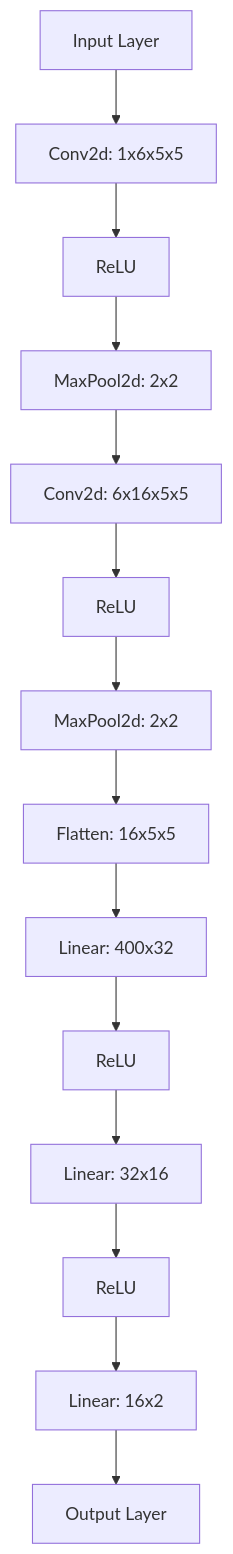
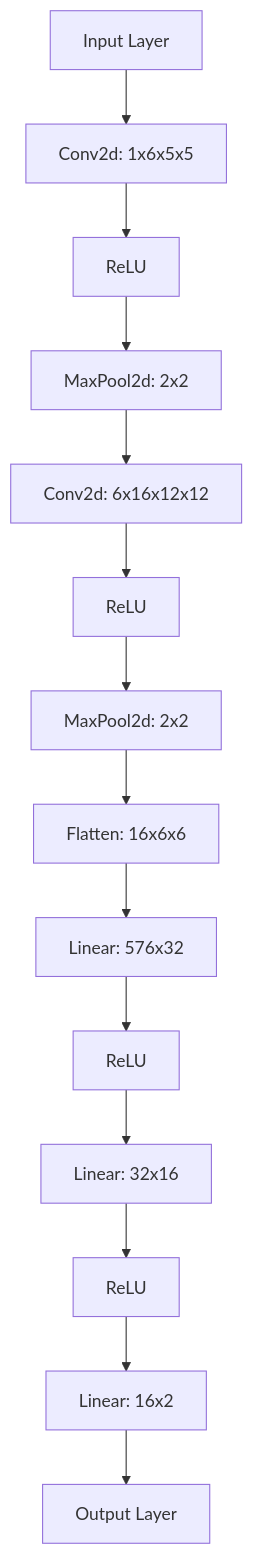
One commit to LapinRobin/OT_deep_learning_face_recognition changed the diagram in net.md. Above: the diagram before and after it, drawn with Mermaid. The commit also changed other lines of this file and 1 other file, not shown here.

````diff
--- a/net.md
+++ b/net.md
@@ -1,16 +1,16 @@
 ```mermaid
 graph TD;
     A[Input Layer] --> B[Conv2d: 1x6x5x5]
     B --> C[ReLU]
     C --> D[MaxPool2d: 2x2]
-    D --> E[Conv2d: 6x16x5x5]
+    D --> E[Conv2d: 6x16x12x12]
     E --> F[ReLU]
     F --> G[MaxPool2d: 2x2]
-    G --> H[Flatten: 16x5x5]
-    H --> I[Linear: 400x32]
+    G --> H[Flatten: 16x6x6]
+    H --> I[Linear: 576x32]
     I --> J[ReLU]
     J --> K[Linear: 32x16]
     K --> L[ReLU]
     L --> M[Linear: 16x2]
     M --> N[Output Layer]
 ```
````
